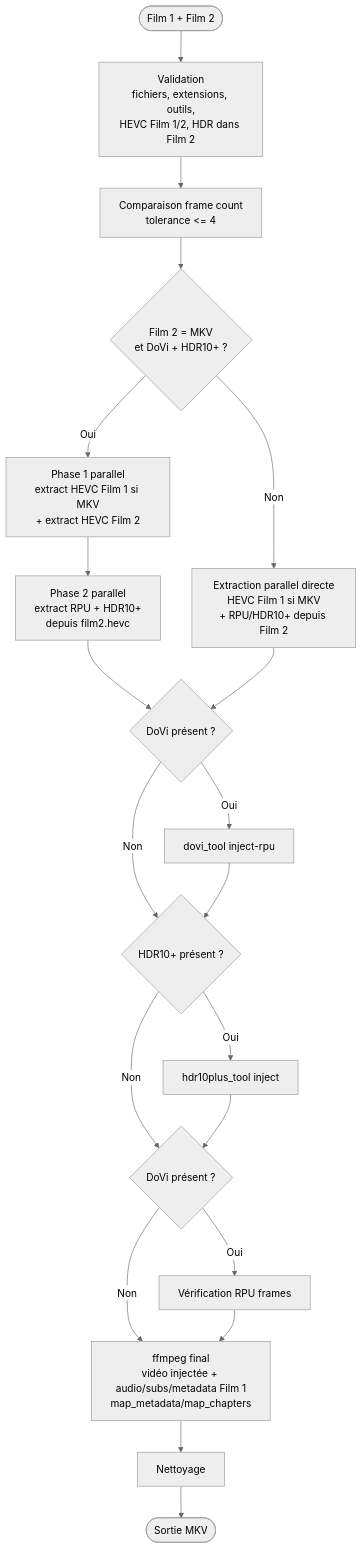
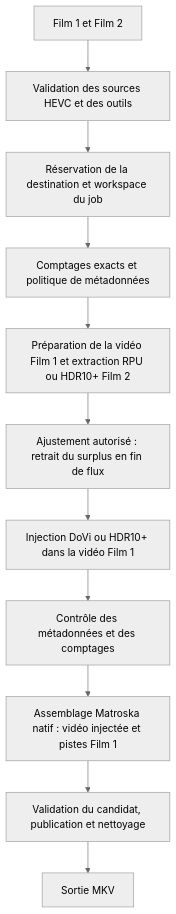
Before and after one commit to Hydro74000/muxiveo: the fourth of 5 diagrams in README.md, drawn with Mermaid (neutral theme). The commit also changed other lines of this file and 34 other files, not shown here.

````diff
--- a/README.md
+++ b/README.md
@@ -797,31 +787,13 @@
 ```mermaid
 flowchart TD
-    A([Film 1 + Film 2]) --> B[Validation<br/>fichiers, extensions, outils,<br/>HEVC Film 1/2, HDR dans Film 2]
-    B --> C[Comparaison frame count<br/>tolerance <= 4]
-    C --> D{Film 2 = MKV<br/>et DoVi + HDR10+ ?}
-
-    D -->|Oui| E1[Phase 1 parallel<br/>extract HEVC Film 1 si MKV<br/>+ extract HEVC Film 2]
-    E1 --> E2[Phase 2 parallel<br/>extract RPU + HDR10+<br/>depuis film2.hevc]
-    D -->|Non| E3[Extraction parallel directe<br/>HEVC Film 1 si MKV<br/>+ RPU/HDR10+ depuis Film 2]
-
-    E2 --> F
-    E3 --> F
-
-    F{DoVi présent ?}
-    F -->|Oui| G[dovi_tool inject-rpu]
-    F -->|Non| H
-    G --> H
-
-    H{HDR10+ présent ?}
-    H -->|Oui| I[hdr10plus_tool inject]
-    H -->|Non| J
-    I --> J
-
-    J{DoVi présent ?}
-    J -->|Oui| K[Vérification RPU frames]
-    J -->|Non| L
-    K --> L
-
-    L[ffmpeg final<br/>vidéo injectée + audio/subs/metadata Film 1<br/>map_metadata/map_chapters] --> M[Nettoyage]
-    M --> N([Sortie MKV])
+    A[Film 1 et Film 2] --> B[Validation des sources HEVC et des outils]
+    B --> C[Réservation de la destination et workspace du job]
+    C --> D[Comptages exacts et politique de métadonnées]
+    D --> E[Préparation de la vidéo Film 1 et extraction RPU ou HDR10+ Film 2]
+    E --> F[Ajustement autorisé : retrait du surplus en fin de flux]
+    F --> G[Injection DoVi ou HDR10+ dans la vidéo Film 1]
+    G --> H[Contrôle des métadonnées et des comptages]
+    H --> I[Assemblage Matroska natif : vidéo injectée et pistes Film 1]
+    I --> J[Validation du candidat, publication et nettoyage]
+    J --> Z[Sortie MKV]
 ```
````
